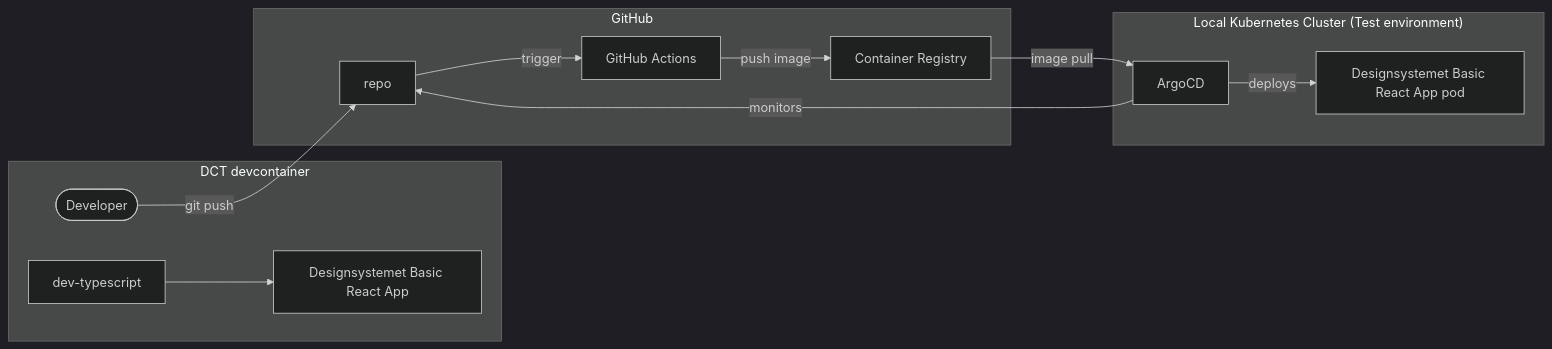
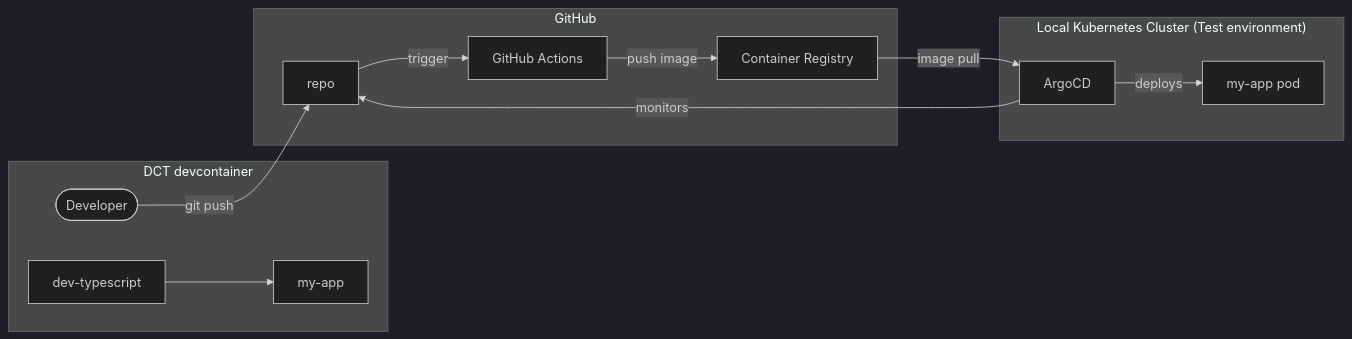
One commit to helpers-no/dev-templates changed the diagram in website/docs/templates/web-app/designsystemet-basic-react-app.mdx. Above: the diagram before and after it, drawn with Mermaid (dark theme). The commit also changed other lines of this file and 33 other files, not shown here.

First line of the commit message:
Schema cleanup: kill summary, split quickstart, add params/prerequisites/abstracts

````diff
--- a/website/docs/templates/web-app/designsystemet-basic-react-app.mdx
+++ b/website/docs/templates/web-app/designsystemet-basic-react-app.mdx
@@ -45,25 +45,25 @@
 ```mermaid
 flowchart LR
     subgraph dct["DCT devcontainer"]
         dev(["Developer"])
         dev_typescript["dev-typescript"]
-        app["Designsystemet Basic React App"]
+        app["my-app"]
     end
     subgraph k8s["Local Kubernetes Cluster (Test environment)"]
         argo["ArgoCD"]
-        pod["Designsystemet Basic React App pod"]
+        pod["my-app pod"]
     end
     subgraph gh["GitHub"]
         repo["repo"]
         actions["GitHub Actions"]
         ghcr["Container Registry"]
     end
 
     dev_typescript --> app
     dev -->|git push| repo
     repo -->|trigger| actions
     actions -->|push image| ghcr
     argo -->|monitors| repo
     ghcr -->|image pull| argo
     argo -->|deploys| pod
 ```
````
